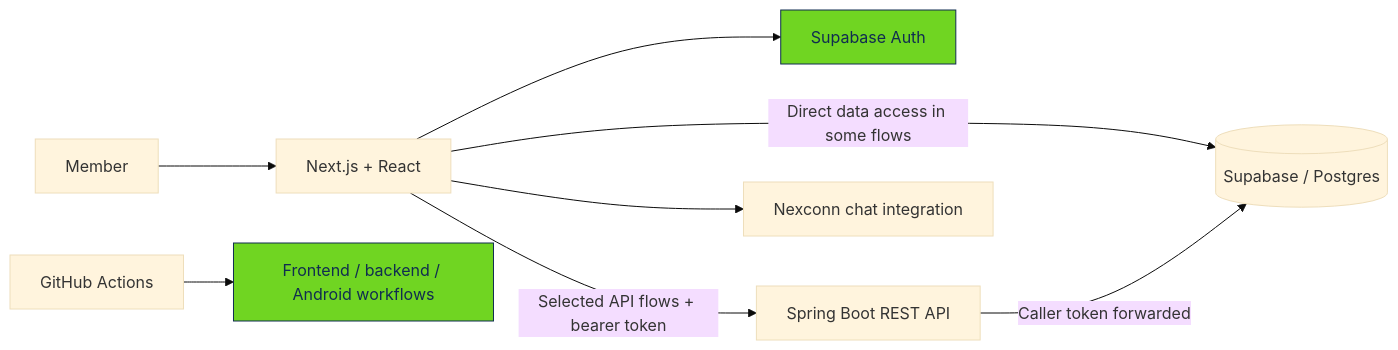
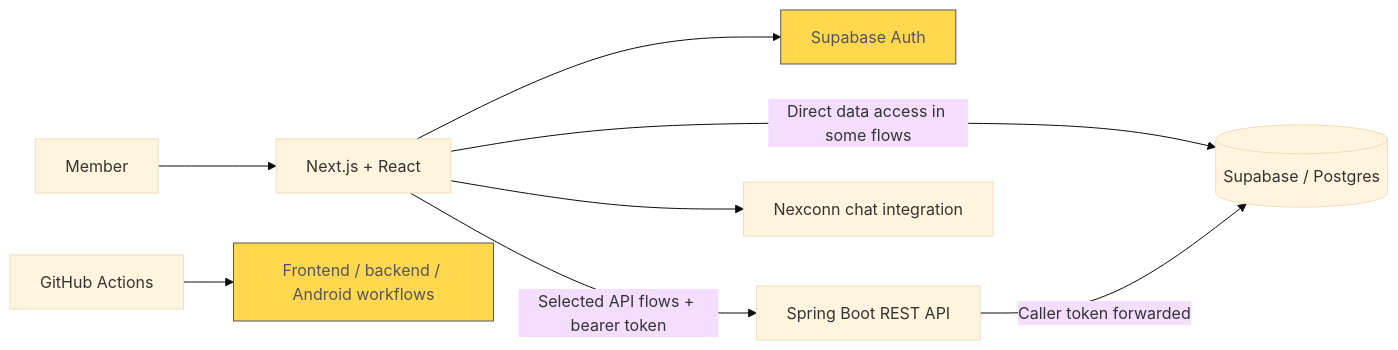
One commit to addulasaikiran-ops/SportsLink changed the diagram in README.md. Above: the diagram before and after it, drawn with Mermaid (base theme). The commit also changed other lines of this file and 5 other files, not shown here.

````diff
--- a/README.md
+++ b/README.md
@@ -114,12 +116,12 @@
 ```mermaid
 flowchart LR
     M[Member] --> UI[Next.js + React]
     UI --> AUTH[Supabase Auth]
     UI -->|Direct data access in some flows| DB[(Supabase / Postgres)]
     UI -->|Selected API flows + bearer token| API[Spring Boot REST API]
     API -->|Caller token forwarded| DB
     UI --> CHAT[Nexconn chat integration]
     CI[GitHub Actions] --> BUILD[Frontend / backend / Android workflows]
-    classDef lime fill:#70D522,stroke:#102D50,color:#102D50;
+    classDef lime fill:#FFD84D,stroke:#55545C,color:#55545C;
     class AUTH,BUILD lime;
 ```
````
